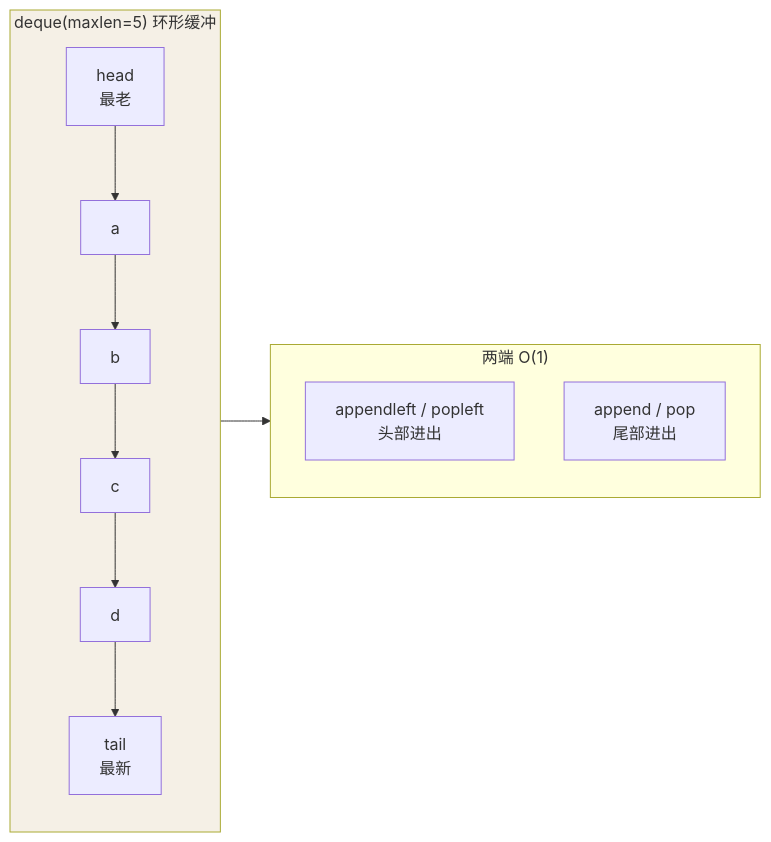
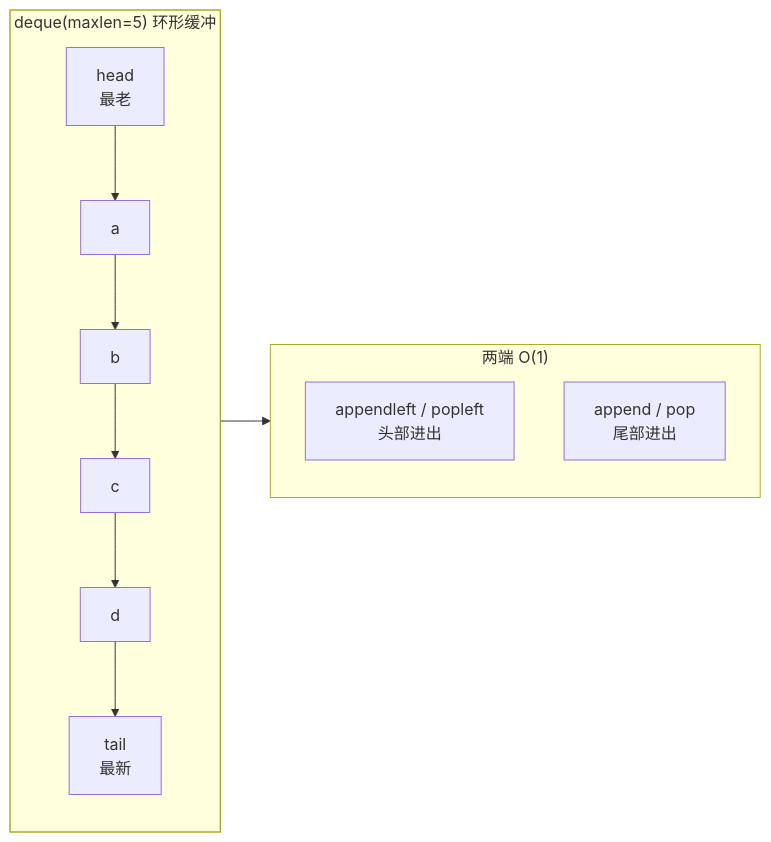
One commit to Loadhao/ascension changed the diagram in src/content/docs/python/intermediate/stdlib/01-collections.md. Above: the diagram before and after it, drawn with Mermaid. The commit also changed 87 other files, not shown here.

First line of the commit message:
fix: 全站图表配色改由主题接管，修复暗色主题下浅底浅字看不清

````diff
--- a/src/content/docs/python/intermediate/stdlib/01-collections.md
+++ b/src/content/docs/python/intermediate/stdlib/01-collections.md
@@ -59,12 +59,13 @@
 ```mermaid
 flowchart LR
     subgraph dq["deque(maxlen=5) 环形缓冲"]
         H[head<br/>最老] --> V1["a"] --> V2["b"] --> V3["c"] --> V4["d"] --> T[tail<br/>最新]
     end
     subgraph 操作["两端 O(1)"]
         L["appendleft / popleft<br/>头部进出"]
         R["append / pop<br/>尾部进出"]
     end
     dq --> 操作
-    style dq fill:#f5f0e6
+    class dq hl
+    classDef hl stroke-width:1.5px
 ```
````
